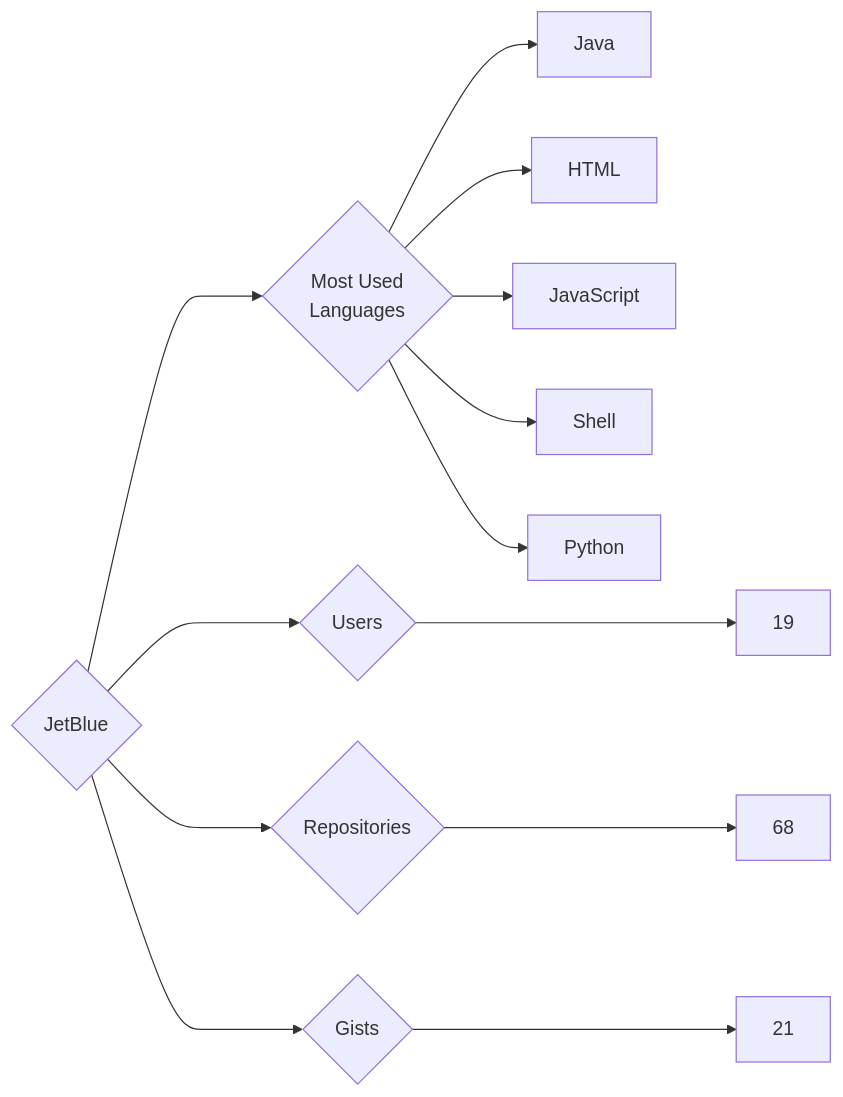
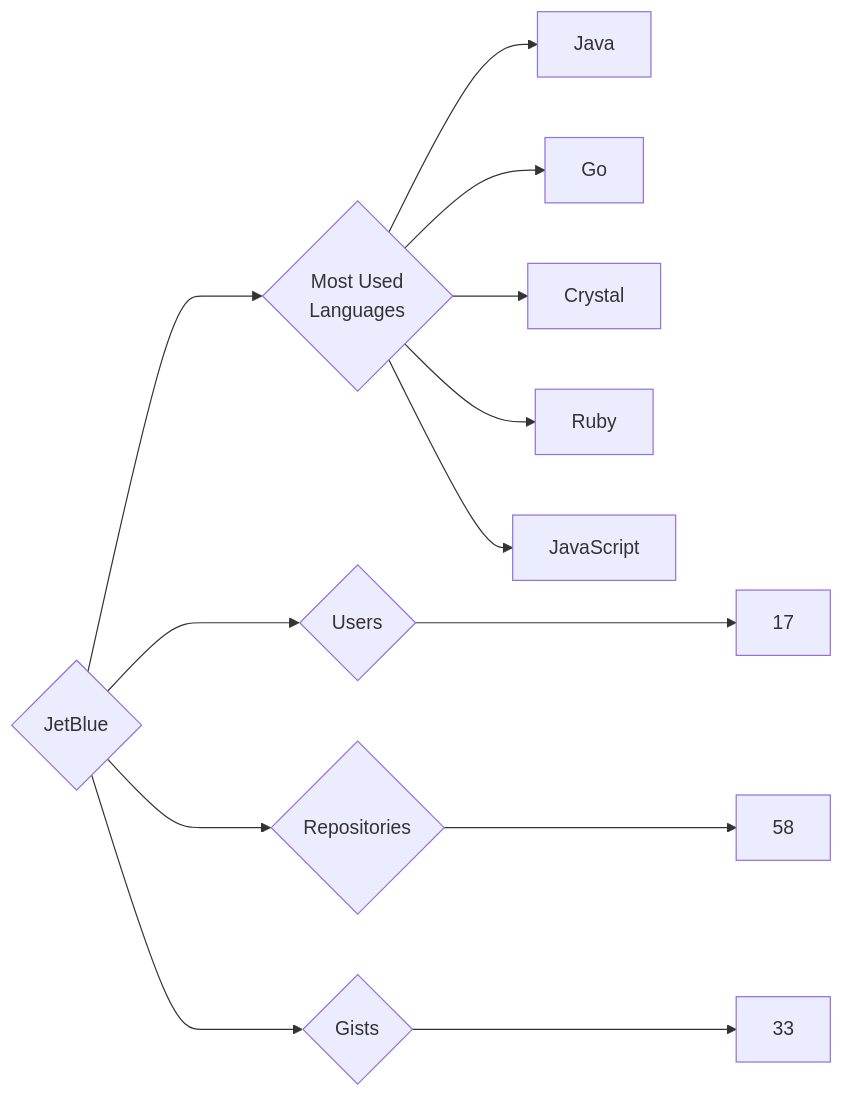
The diagram in targets/JetBlue/README.md (trickest/insiders), drawn with Mermaid before and after one commit. The commit also changed 951 other files, not shown here.

````diff
--- a/targets/JetBlue/README.md
+++ b/targets/JetBlue/README.md
@@ -3,13 +3,13 @@
 ```mermaid
 graph LR
 COMPANY_NAME{JetBlue}
-COMPANY_NAME ---> U{Users} ---> UN[19]
-COMPANY_NAME ---> R{Repositories} ---> RN[68]
-COMPANY_NAME ---> G{Gists} ---> GN[21]
+COMPANY_NAME ---> U{Users} ---> UN[17]
+COMPANY_NAME ---> R{Repositories} ---> RN[58]
+COMPANY_NAME ---> G{Gists} ---> GN[33]
 COMPANY_NAME ---> ML{Most Used<br>Languages}
 ML --> Java[Java]
-ML --> HTML[HTML]
+ML --> Go[Go]
+ML --> Crystal[Crystal]
+ML --> Ruby[Ruby]
 ML --> JavaScript[JavaScript]
-ML --> Shell[Shell]
-ML --> Python[Python]
 ```
````
